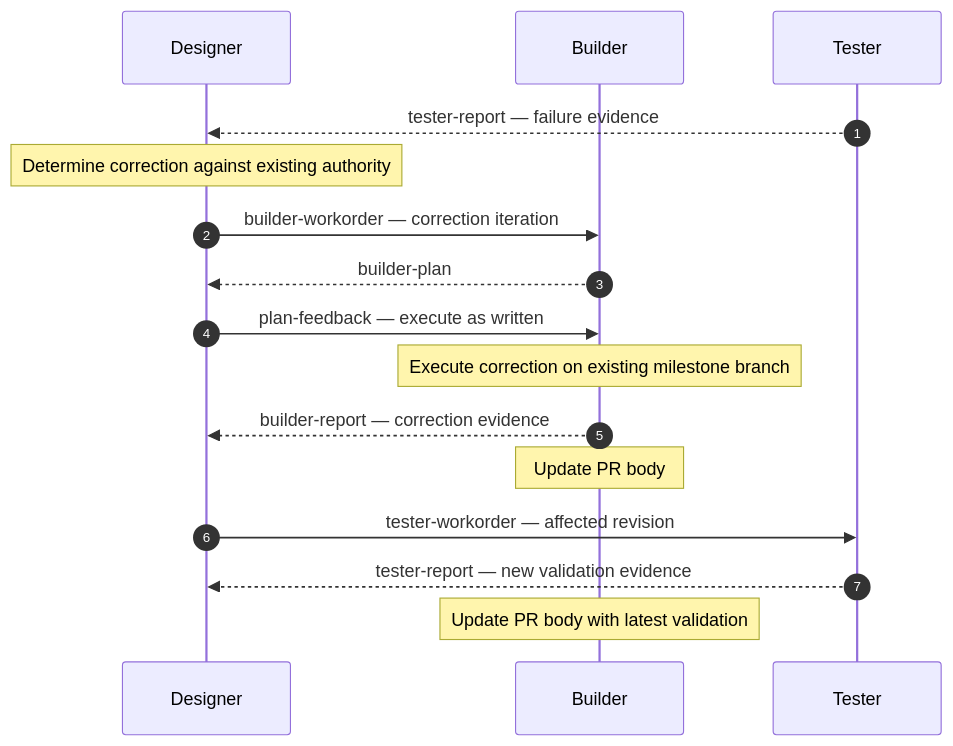
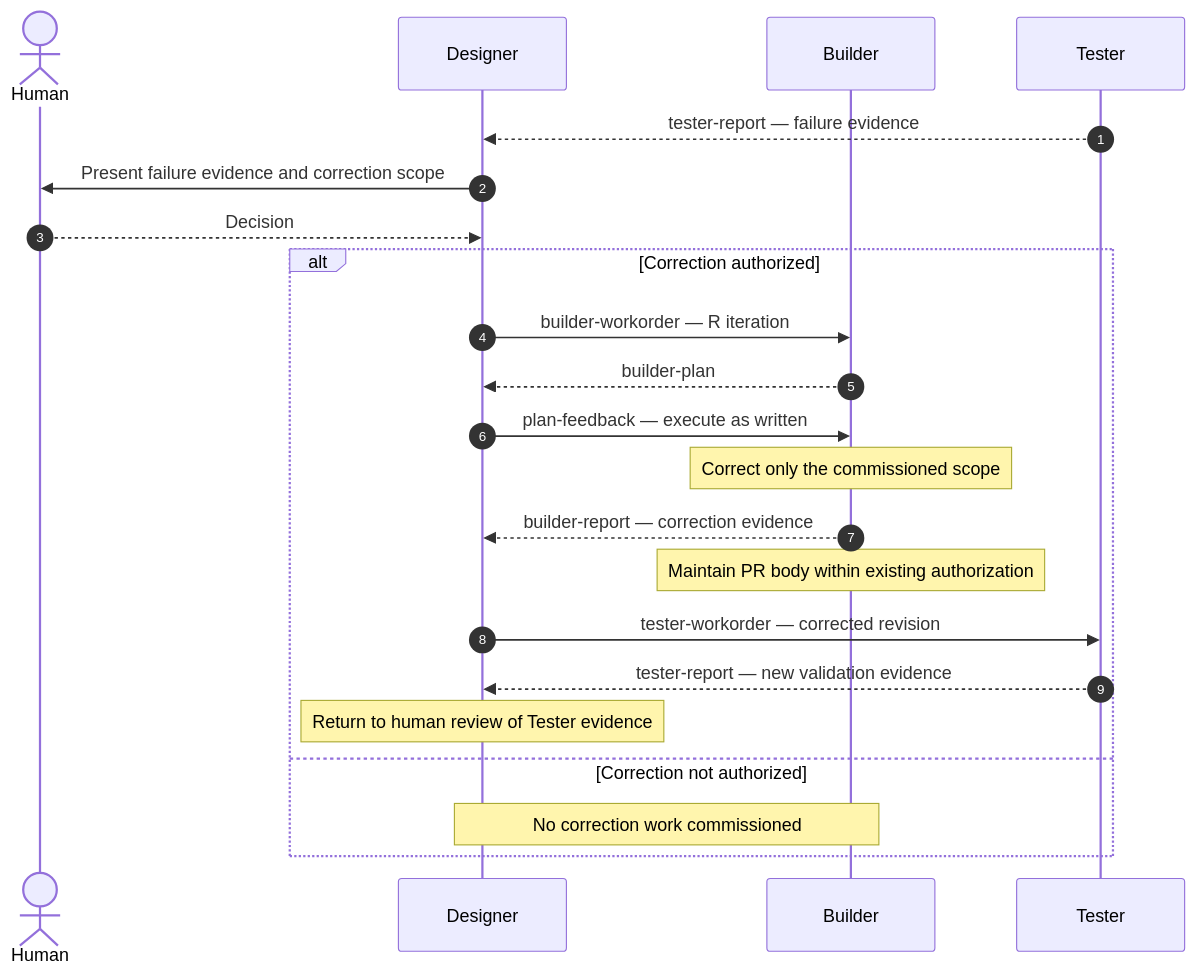
One commit to iamthenop/infurnet-skills changed the fourth of 6 diagrams in skills/agent-workflow/references/master-workflow.md. Above: the diagram before and after it, drawn with Mermaid. The commit also changed other lines of this file and 12 other files, not shown here.

````diff
--- a/skills/agent-workflow/references/master-workflow.md
+++ b/skills/agent-workflow/references/master-workflow.md
@@ -155,26 +225,32 @@
 ```mermaid
 sequenceDiagram
     autonumber
 
+    actor H as Human
     participant D as Designer
     participant B as Builder
     participant T as Tester
 
     T-->>D: tester-report — failure evidence
+    D->>H: Present failure evidence and correction scope
+    H-->>D: Decision
 
-    Note over D: Determine correction against existing authority
+    alt Correction authorized
+        D->>B: builder-workorder — R iteration
+        B-->>D: builder-plan
+        D->>B: plan-feedback — execute as written
 
-    D->>B: builder-workorder — correction iteration
-    B-->>D: builder-plan
-    D->>B: plan-feedback — execute as written
+        Note over B: Correct only the commissioned scope
 
-    Note over B: Execute correction on existing milestone branch
+        B-->>D: builder-report — correction evidence
+        Note over B: Maintain PR body within existing authorization
 
-    B-->>D: builder-report — correction evidence
-    Note over B: Update PR body
+        D->>T: tester-workorder — corrected revision
+        T-->>D: tester-report — new validation evidence
 
-    D->>T: tester-workorder — affected revision
-    T-->>D: tester-report — new validation evidence
+        Note over D: Return to human review of Tester evidence
 
-    Note over B: Update PR body with latest validation
+    else Correction not authorized
+        Note over D,B: No correction work commissioned
+    end
 ```
````
